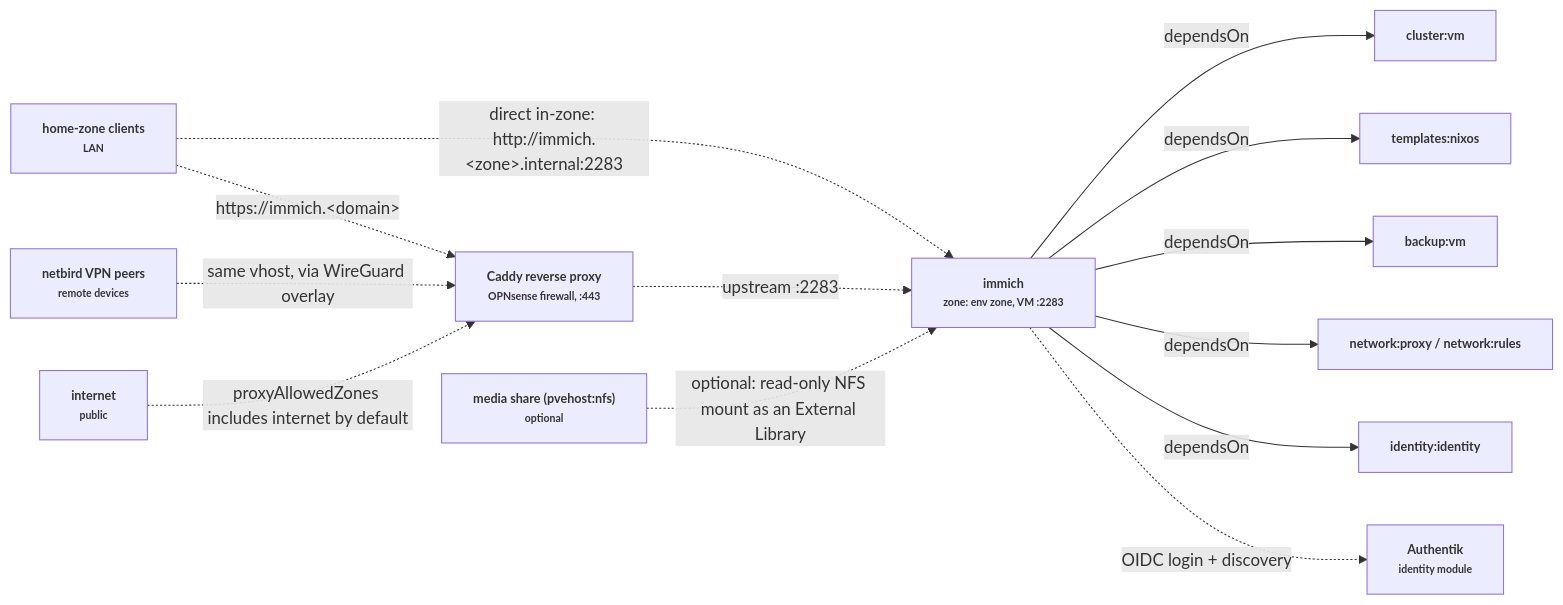
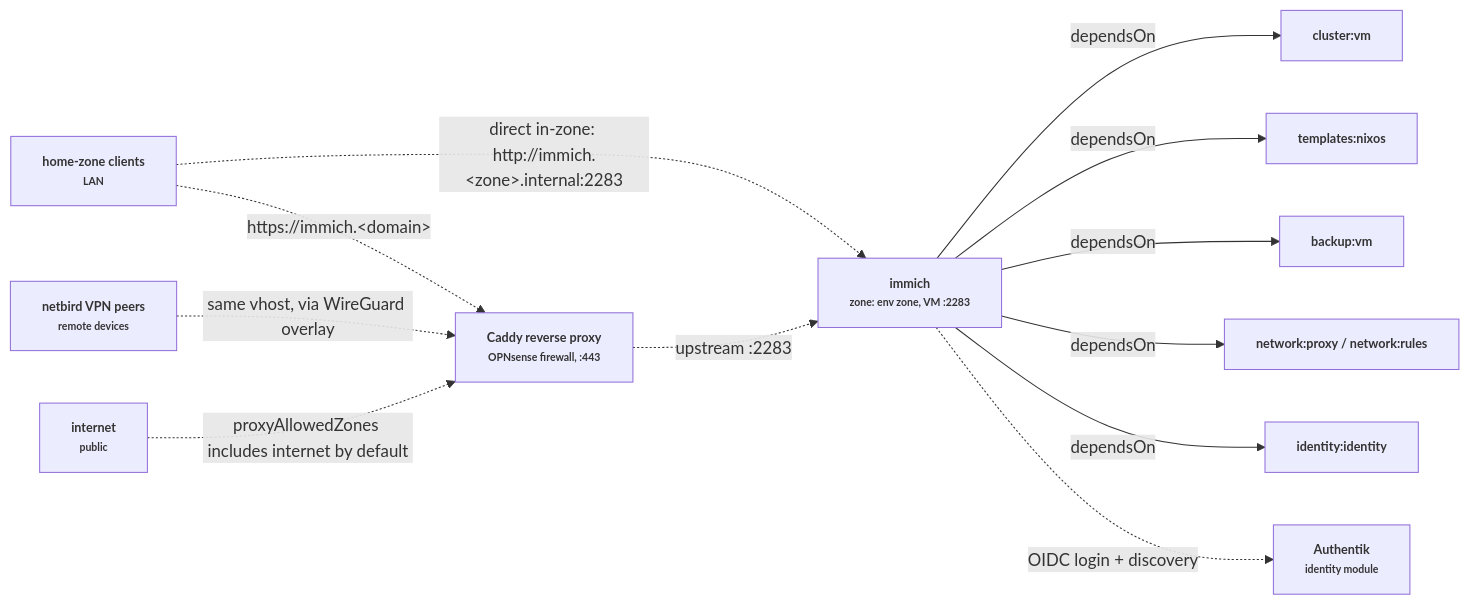
Before and after one commit to TAPPaaS/TAPPaaS: the second of 2 diagrams in src/home/immich/README.md, drawn with Mermaid. The commit also changed other lines of this file, not shown here.

First line of the commit message:
docs(immich): no NFS — photos stay on the replicated VM disk

````diff
--- a/src/home/immich/README.md
+++ b/src/home/immich/README.md
@@ -180,32 +180,30 @@
 ```mermaid
 graph LR
     classDef default font-size:12px,font-weight:bold;
 
     immich["immich<br/><small>zone: env zone, VM :2283</small>"]
     cluster["cluster:vm"]
     templates["templates:nixos"]
     backup["backup:vm"]
     netproxy["network:proxy / network:rules"]
     identity["identity:identity"]
     caddy["Caddy reverse proxy<br/><small>OPNsense firewall, :443</small>"]
     homeclients["home-zone clients<br/><small>LAN</small>"]
     vpnpeers["netbird VPN peers<br/><small>remote devices</small>"]
     internet["internet<br/><small>public</small>"]
     authentik["Authentik<br/><small>identity module</small>"]
-    jellyfinlib["media share (pvehost:nfs)<br/><small>optional</small>"]
 
     immich -->|dependsOn| cluster
     immich -->|dependsOn| templates
     immich -->|dependsOn| backup
     immich -->|dependsOn| netproxy
     immich -->|dependsOn| identity
 
     homeclients -.->|"https://immich.&lt;domain&gt;"| caddy
     homeclients -.->|"direct in-zone: http://immich.&lt;zone&gt;.internal:2283"| immich
     vpnpeers -.->|"same vhost, via WireGuard overlay"| caddy
     internet -.->|"proxyAllowedZones includes internet by default"| caddy
     caddy -.->|"upstream :2283"| immich
 
     immich -.->|"OIDC login + discovery"| authentik
-    jellyfinlib -.->|"optional: read-only NFS mount as an External Library"| immich
 ```
````
